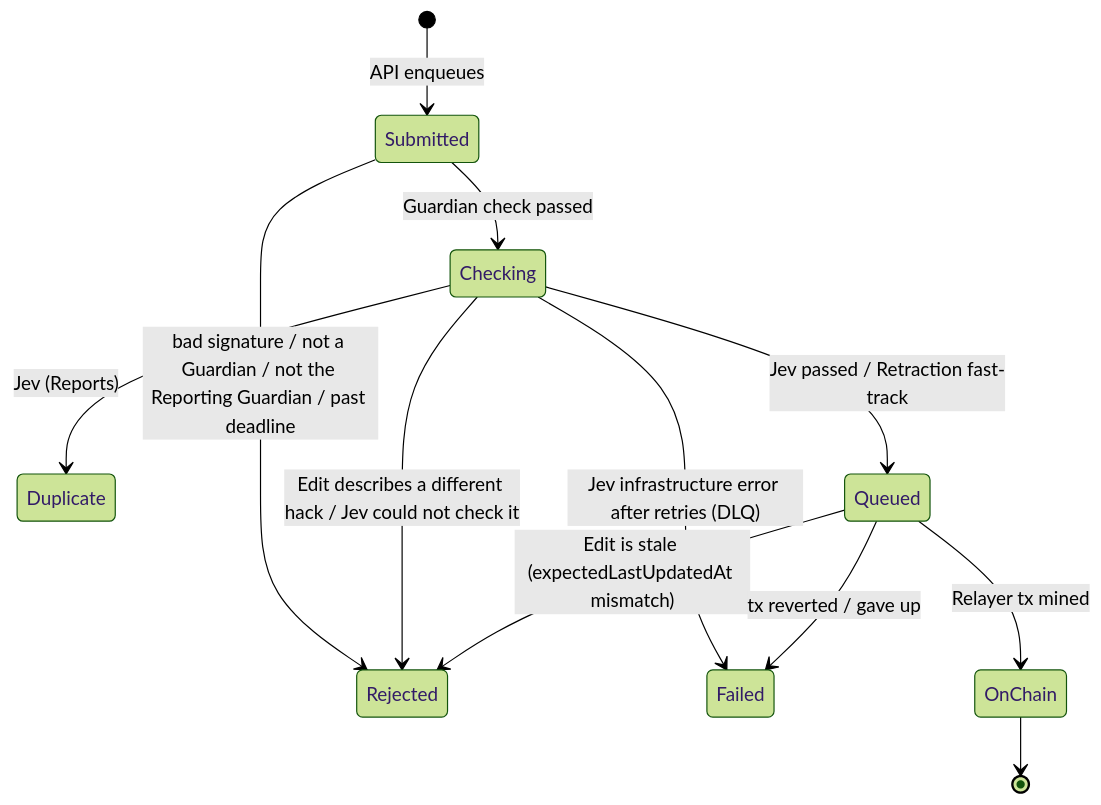
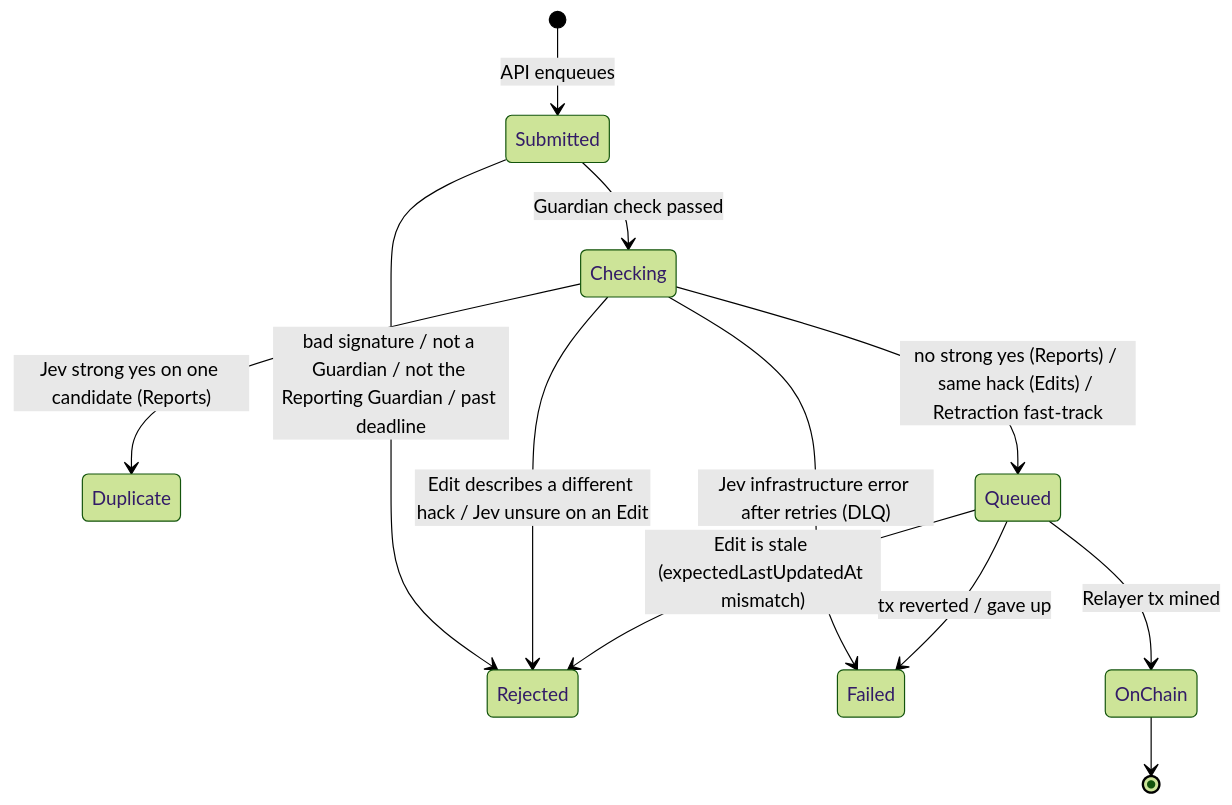
One commit to ThatsRekt/thatsRekt changed the third of 3 diagrams in docs/intake-redesign.md. Above: the diagram before and after it, drawn with Mermaid (forest theme). The commit also changed other lines of this file and 4 other files, not shown here.

First line of the commit message:
docs(intake): final architecture review — on-chain signatures, post-relay incidents, cutover order

````diff
--- a/docs/intake-redesign.md
+++ b/docs/intake-redesign.md
@@ -85,14 +88,14 @@
 ```mermaid
 stateDiagram-v2
   [*] --> Submitted: API enqueues
   Submitted --> Rejected: bad signature / not a Guardian / not the Reporting Guardian / past deadline
   Submitted --> Checking: Guardian check passed
-  Checking --> Duplicate: Jev (Reports)
-  Checking --> Rejected: Edit describes a different hack / Jev could not check it
+  Checking --> Duplicate: Jev strong yes on one candidate (Reports)
+  Checking --> Rejected: Edit describes a different hack / Jev unsure on an Edit
   Checking --> Failed: Jev infrastructure error after retries (DLQ)
-  Checking --> Queued: Jev passed / Retraction fast-track
+  Checking --> Queued: no strong yes (Reports) / same hack (Edits) / Retraction fast-track
   Queued --> OnChain: Relayer tx mined
   Queued --> Rejected: Edit is stale (expectedLastUpdatedAt mismatch)
   Queued --> Failed: tx reverted / gave up
   OnChain --> [*]
 ```
````
